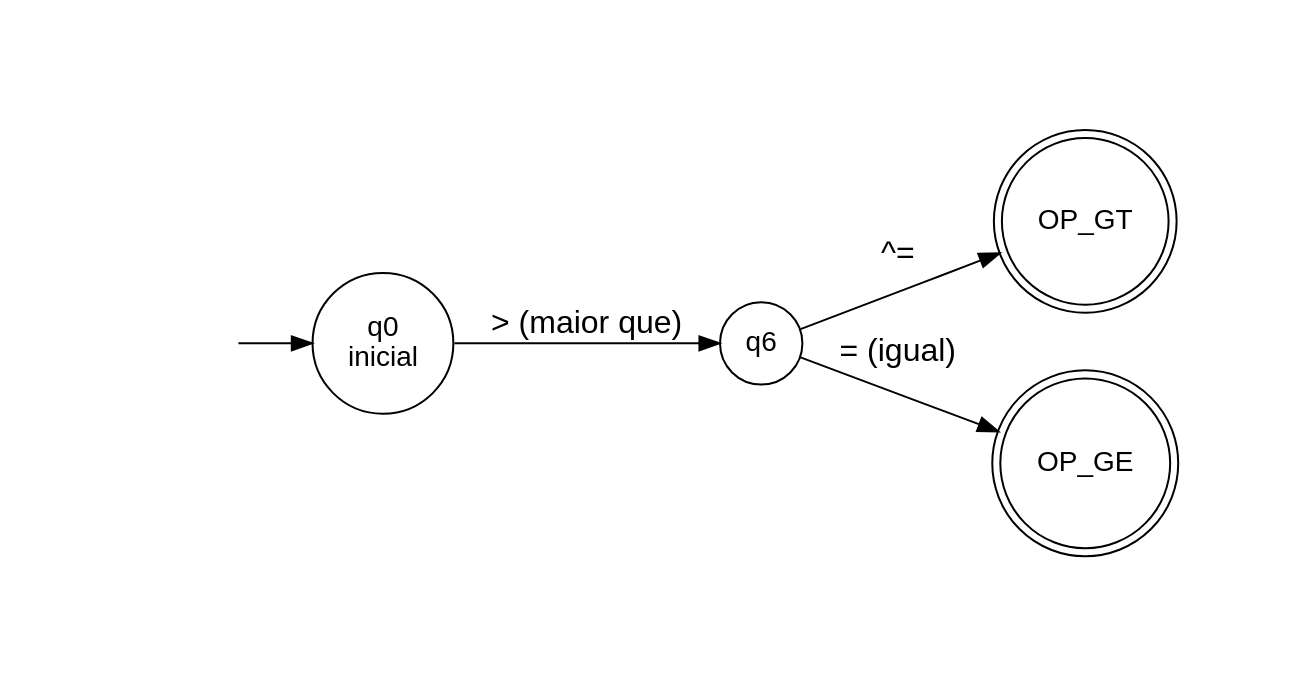
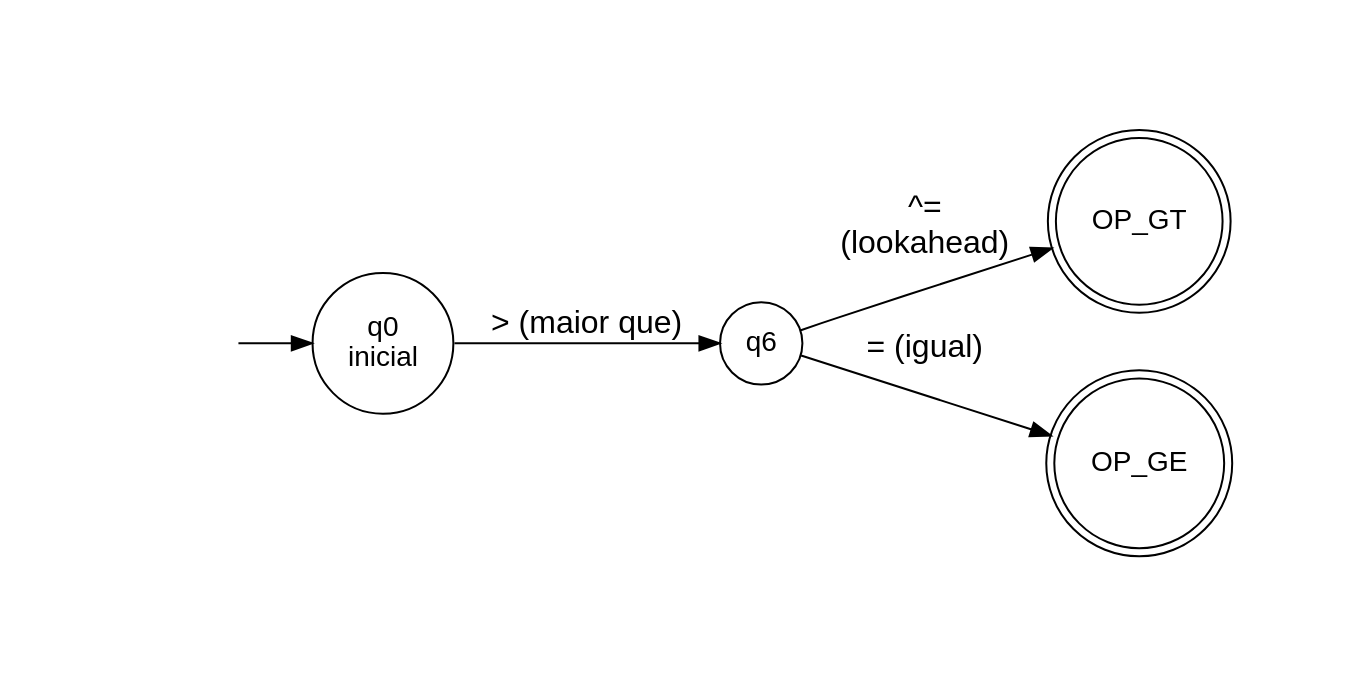
One commit to miguelhenriquecbl/LINGUAGENS-FORMAIS-AUT-MATOS-E-COMPILADORES changed the diagram in Trabalho/analisador-lexico/AFDs/codigo/afd_operador_maior.dot. Above: the diagram before and after it, drawn with Graphviz. The commit also changed 4 other files, not shown here.

```diff
--- a/Trabalho/analisador-lexico/AFDs/codigo/afd_operador_maior.dot
+++ b/Trabalho/analisador-lexico/AFDs/codigo/afd_operador_maior.dot
@@ -1,32 +1,32 @@
 digraph afd_operador_maior {
     rankdir=LR;
     nodesep=0.4;
     pad=0.8;
     node [shape=circle, fontname="Arial"];
     edge [fontname="Arial", fontsize=16];
 
     /* estado invisível pra seta de entrada */
     inicio [shape=none, label=""];
 
     /* Estado Inicial */
     q0 [label="q0\ninicial"];
 
     /* estados intermediários */
     q6 [label="q6"];
 
     /* estados finais — círculo duplo */
     node [shape=doublecircle];
 
     /* Operadores relacionais */
     qOP_GT [label="OP_GT"]; /* > */
     qOP_GE [label="OP_GE"]; /* >= */
 
     /* seta de entrada */
     inicio -> q0;
 
     /* q0 -> estados intermediários */
     q0 -> q6 [label="> (maior que)"]; 
     q6 -> qOP_GE [label="= (igual)"]; 
-    q6 -> qOP_GT [label="^="]; 
+    q6 -> qOP_GT [label="^=\n(lookahead)"]; 
 
 }
```
